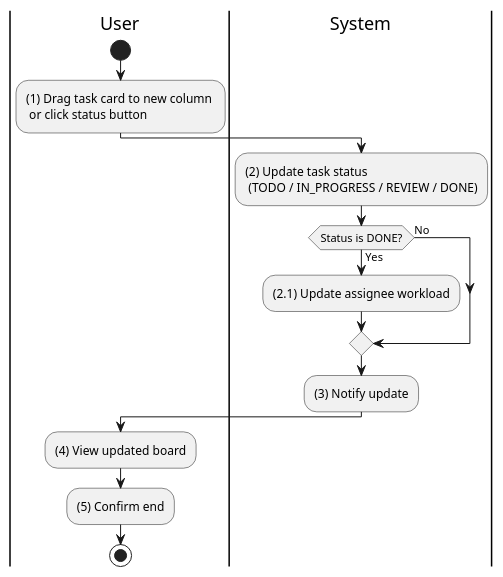
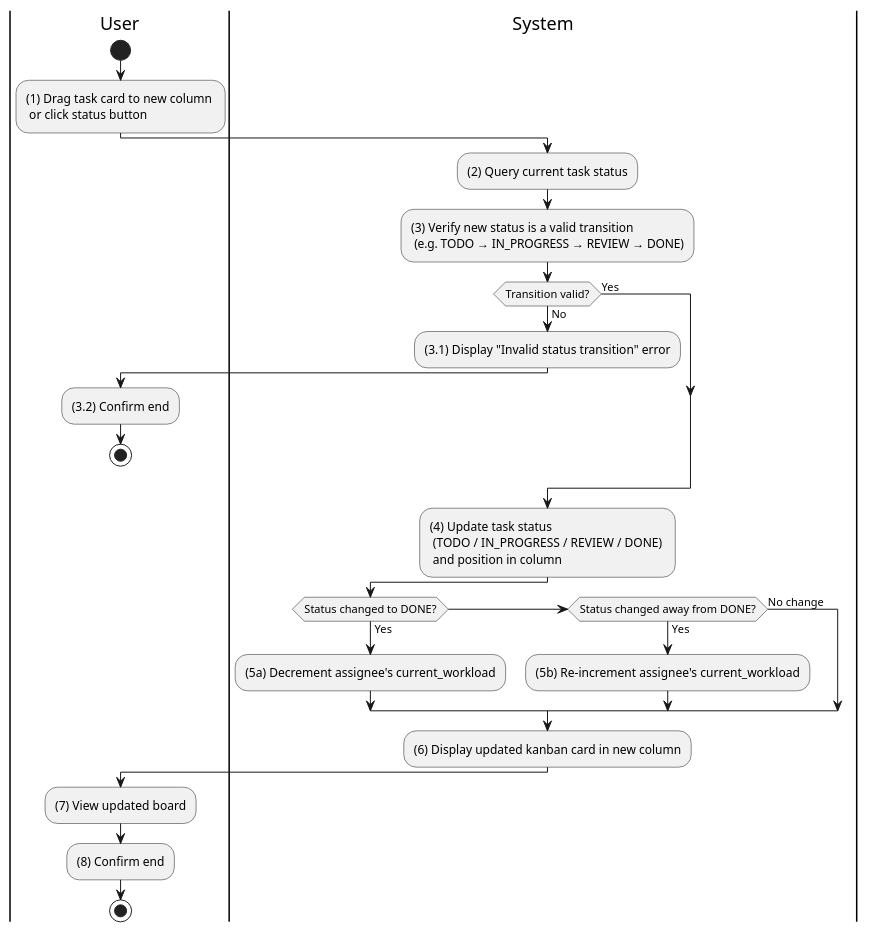
One commit to taskpilot-platform/taskpilot-platform.github.io changed the diagram in docs/docs/activity/task-management/update-task-status.md. Above: the diagram before and after it, drawn with PlantUML. The commit also changed 14 other files, not shown here.

First line of the commit message:
feat(activity): expand batch 2 activity diagrams to ~40-50 lines

````diff
--- a/docs/docs/activity/task-management/update-task-status.md
+++ b/docs/docs/activity/task-management/update-task-status.md
@@ -3,26 +3,40 @@
 ```plantuml
 @startuml
 |U|User
 |S|System
 
 |U|
 start
 :(1) Drag task card to new column \n or click status button;
 
 |S|
-:(2) Update task status \n (TODO / IN_PROGRESS / REVIEW / DONE);
+:(2) Query current task status;
+:(3) Verify new status is a valid transition \n (e.g. TODO → IN_PROGRESS → REVIEW → DONE);
 
-if (Status is DONE?) then (Yes)
-  :(2.1) Update assignee workload;
-else (No)
+if (Transition valid?) then (No)
+  :(3.1) Display "Invalid status transition" error;
+  |U|
+  :(3.2) Confirm end;
+  stop
+else (Yes)
 endif
 
-:(3) Notify update;
+|S|
+:(4) Update task status \n (TODO / IN_PROGRESS / REVIEW / DONE) \n and position in column;
+
+if (Status changed to DONE?) then (Yes)
+  :(5a) Decrement assignee's current_workload;
+elseif (Status changed away from DONE?) then (Yes)
+  :(5b) Re-increment assignee's current_workload;
+else (No change)
+endif
+
+:(6) Display updated kanban card in new column;
 
 |U|
-:(4) View updated board;
-:(5) Confirm end;
+:(7) View updated board;
+:(8) Confirm end;
 
 stop
 @enduml
 ```
````
